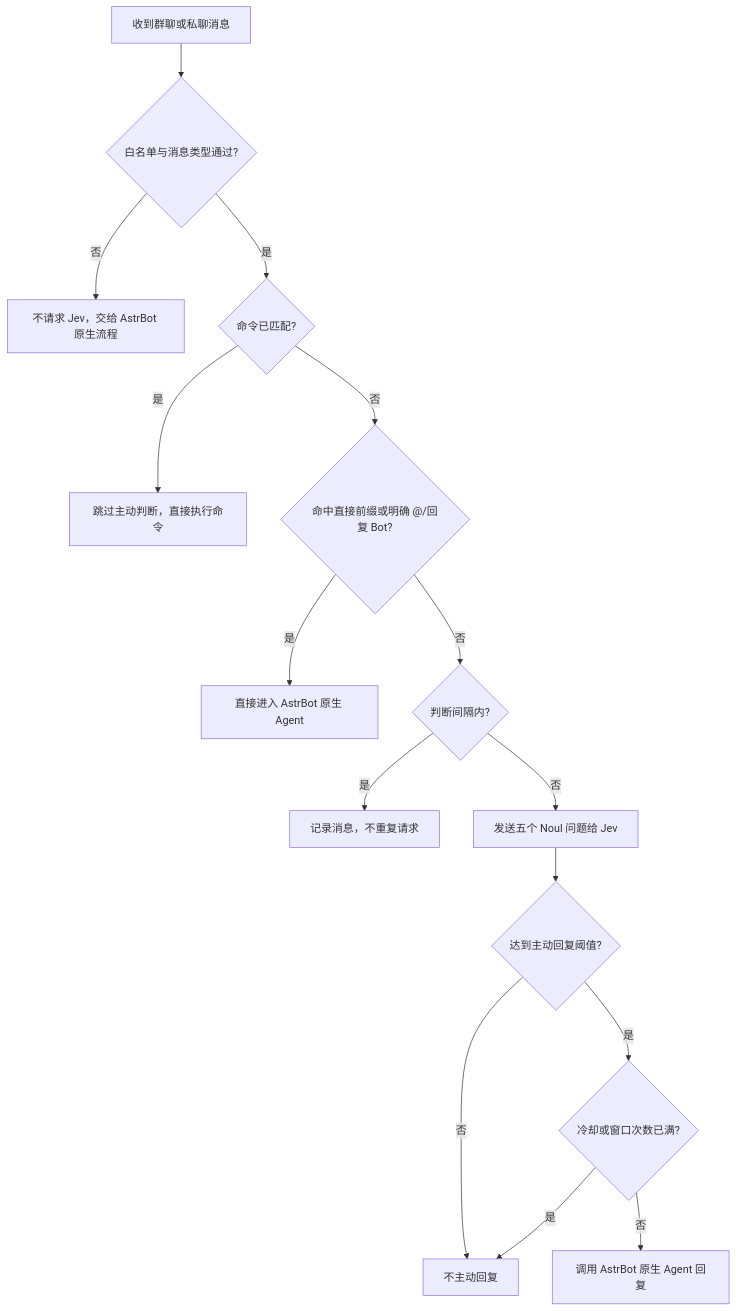
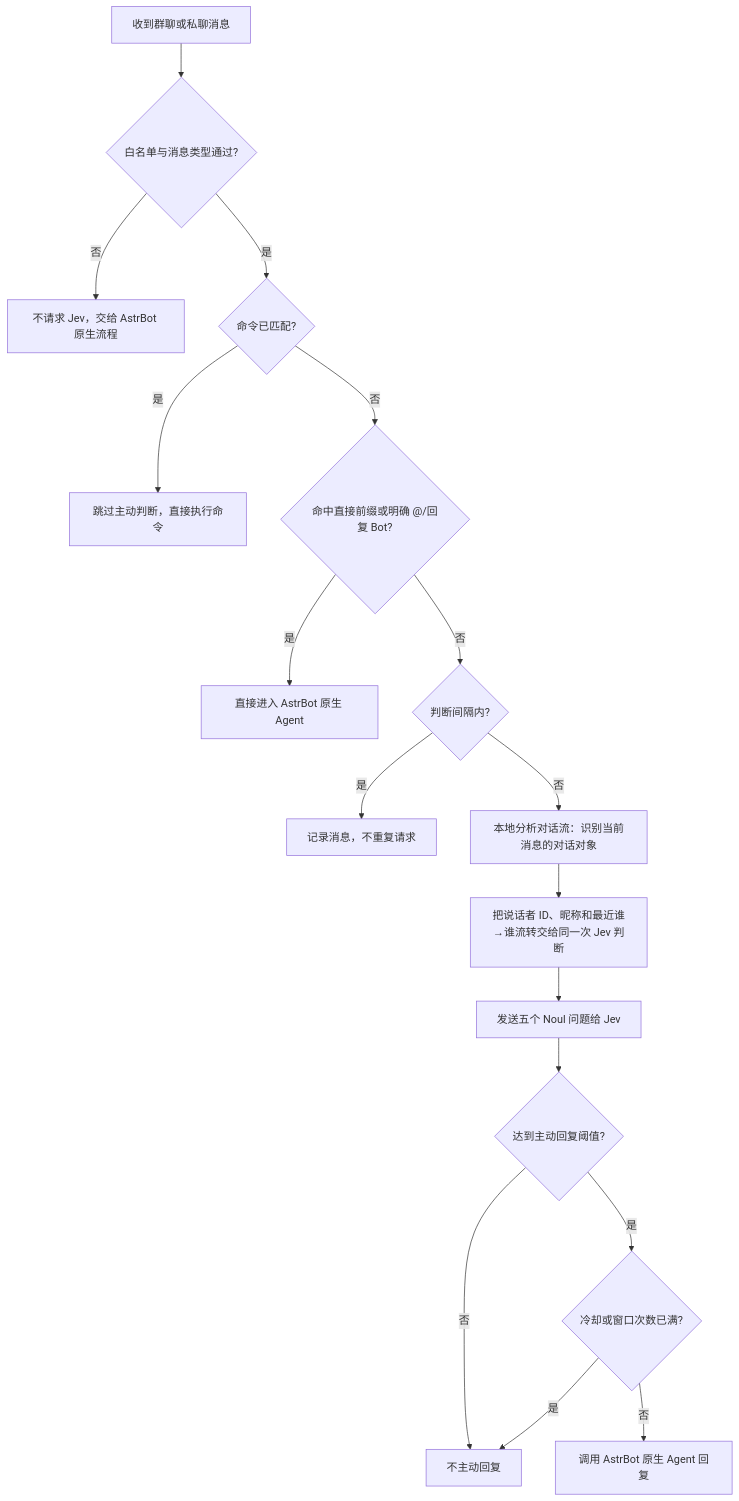
The second of 2 diagrams in README.md (yiyinfaith/astrbot_plugin_decision), drawn with Mermaid before and after one commit. The commit also changed other lines of this file and 5 other files, not shown here.

Commit message:
feat: add identity-aware proactive dialogue flow

````diff
--- a/README.md
+++ b/README.md
@@ -186,17 +186,19 @@
 ```mermaid
 flowchart TD
     A[收到群聊或私聊消息] --> B{白名单与消息类型通过?}
     B -- 否 --> C[不请求 Jev，交给 AstrBot 原生流程]
     B -- 是 --> D{命令已匹配?}
     D -- 是 --> E[跳过主动判断，直接执行命令]
     D -- 否 --> F{命中直接前缀或明确 @/回复 Bot?}
     F -- 是 --> G[直接进入 AstrBot 原生 Agent]
     F -- 否 --> H{判断间隔内?}
     H -- 是 --> I[记录消息，不重复请求]
-    H -- 否 --> J[发送五个 Noul 问题给 Jev]
-    J --> K{达到主动回复阈值?}
-    K -- 否 --> L[不主动回复]
-    K -- 是 --> M{冷却或窗口次数已满?}
-    M -- 是 --> L
-    M -- 否 --> N[调用 AstrBot 原生 Agent 回复]
+    H -- 否 --> J[本地分析对话流：识别当前消息的对话对象]
+    J --> J2[把说话者 ID、昵称和最近谁→谁流转交给同一次 Jev 判断]
+    J2 --> K[发送五个 Noul 问题给 Jev]
+    K --> L{达到主动回复阈值?}
+    L -- 否 --> M[不主动回复]
+    L -- 是 --> N{冷却或窗口次数已满?}
+    N -- 是 --> M
+    N -- 否 --> O[调用 AstrBot 原生 Agent 回复]
 ```
````
